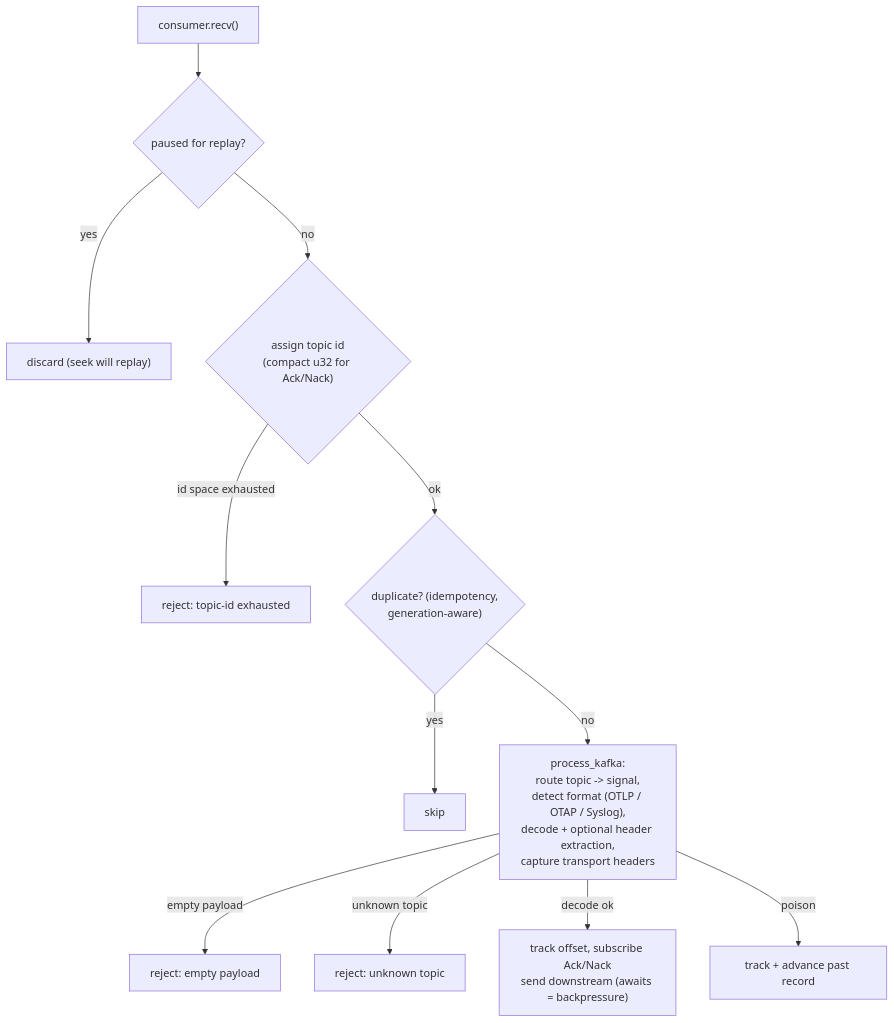
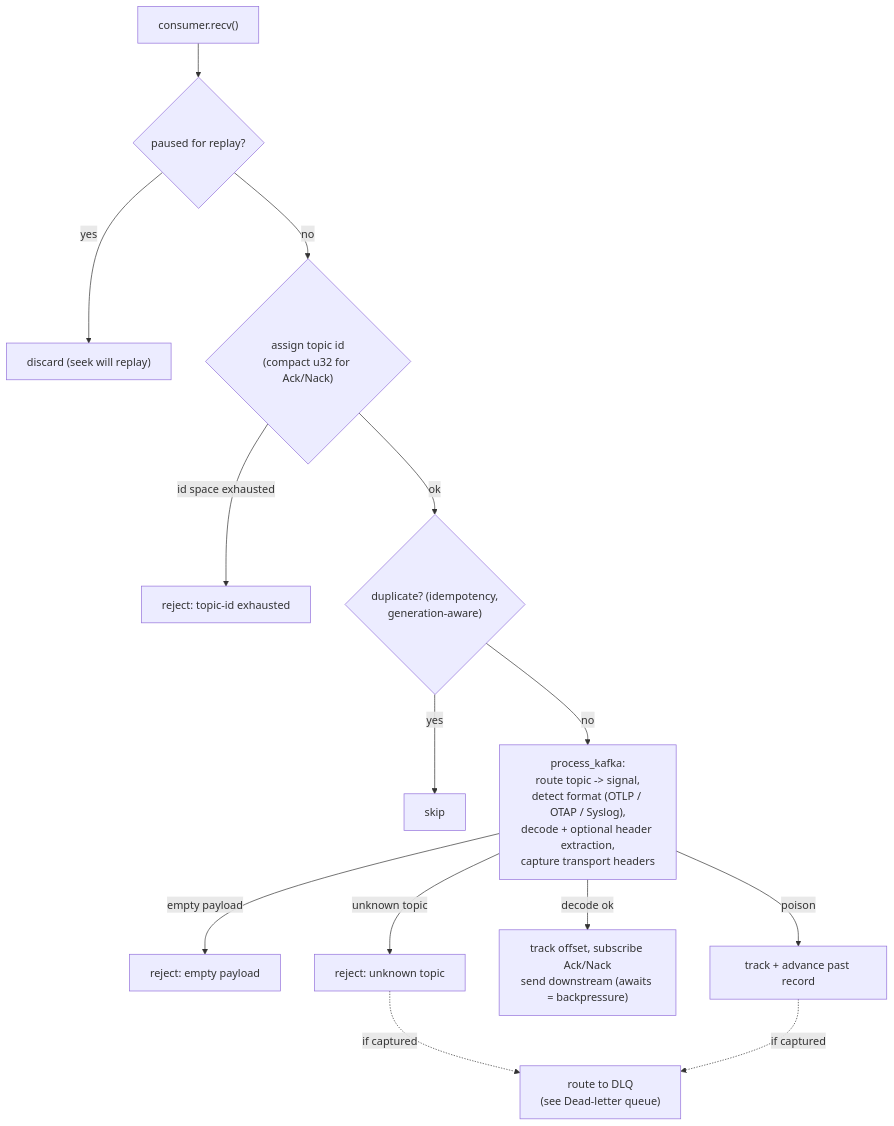
One commit to open-telemetry/otel-arrow changed the second of 7 diagrams in rust/otap-dataflow/crates/contrib-nodes/src/receivers/kafka_receiver/ARCHITECTURE.md. Above: the diagram before and after it, drawn with Mermaid. The commit also changed other lines of this file and 16 other files, not shown here.

````diff
--- a/rust/otap-dataflow/crates/contrib-nodes/src/receivers/kafka_receiver/ARCHITECTURE.md
+++ b/rust/otap-dataflow/crates/contrib-nodes/src/receivers/kafka_receiver/ARCHITECTURE.md
@@ -151,14 +151,16 @@
 ```mermaid
 flowchart TD
     R["consumer.recv()"] --> P{"paused for replay?"}
     P -->|yes| DROP["discard (seek will replay)"]
     P -->|no| TID{"assign topic id<br/>(compact u32 for Ack/Nack)"}
     TID -->|id space exhausted| REJX["reject: topic-id exhausted"]
     TID -->|ok| DUP{"duplicate? (idempotency,<br/>generation-aware)"}
     DUP -->|yes| SKIP["skip"]
     DUP -->|no| PROC["process_kafka:<br/>route topic -> signal,<br/>detect format (OTLP / OTAP / Syslog),<br/>decode + optional header extraction,<br/>capture transport headers"]
     PROC -->|empty payload| REJE["reject: empty payload"]
     PROC -->|unknown topic| REJU["reject: unknown topic"]
     PROC -->|decode ok| SEND["track offset, subscribe Ack/Nack<br/>send downstream (awaits = backpressure)"]
     PROC -->|poison| ADV["track + advance past record"]
+    REJU -. "if captured" .-> DLQ["route to DLQ<br/>(see Dead-letter queue)"]
+    ADV -. "if captured" .-> DLQ
 ```
````
